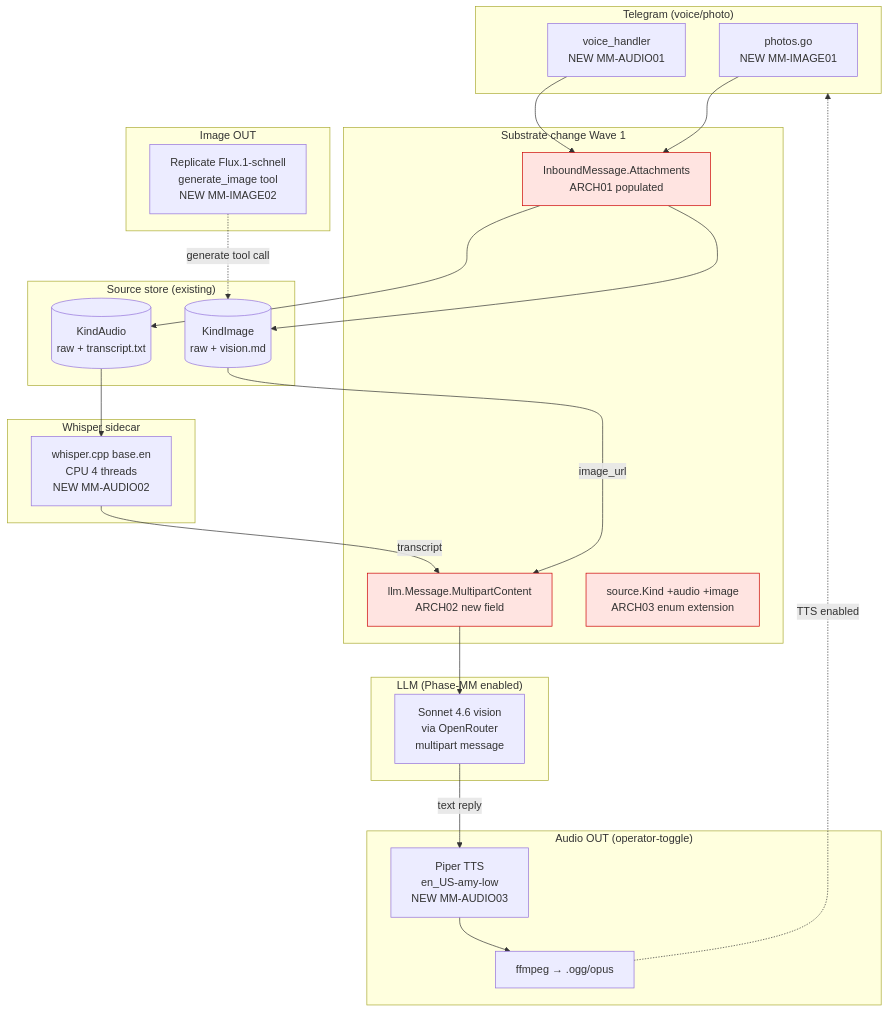
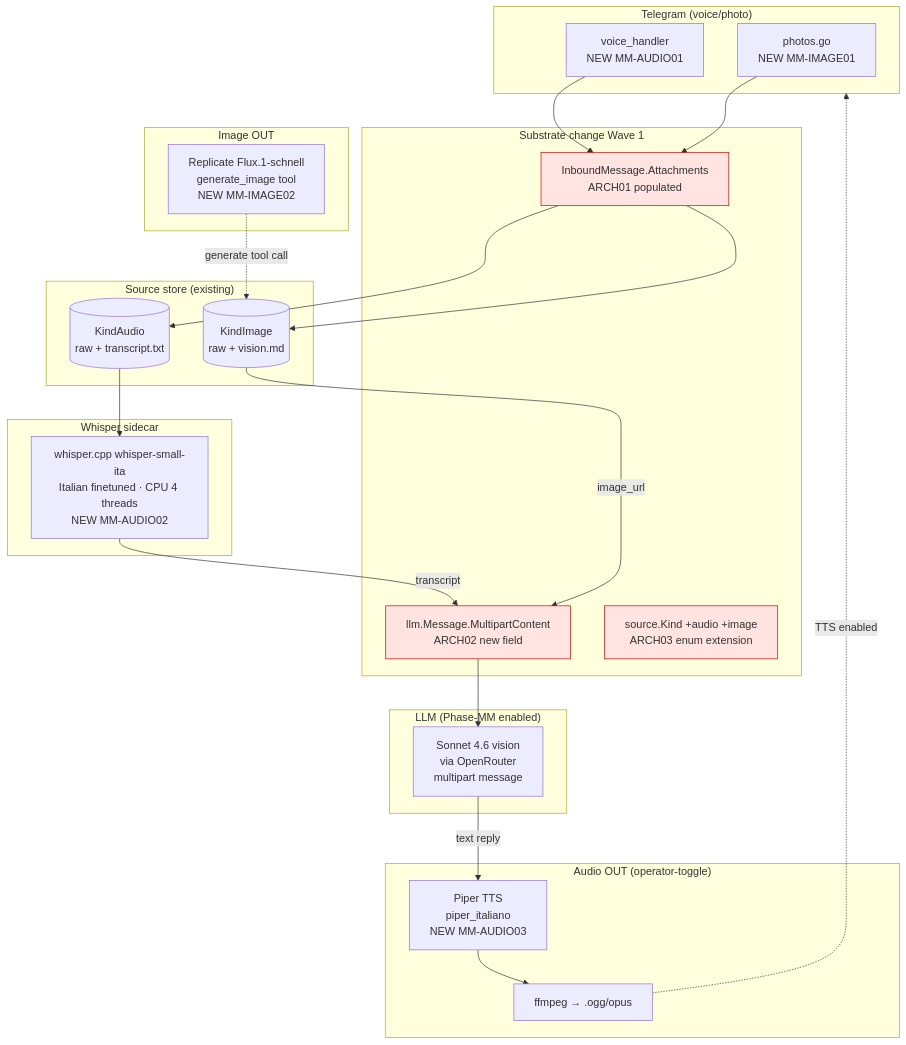
Before and after one commit to chetto1983/Aura: the third of 4 diagrams in README.md, drawn with Mermaid. The commit also changed other lines of this file and 2 other files, not shown here.

Commit message:
docs(phase-mm): switch Italian models — whisper-small-ita + piper_italiano
Operator is Italian (Davide). Replacing English defaults with Italian
finetuned models across Phase-MM planning + README + memory:

- Audio IN: `litus-ai/whisper-small-ita`
  (https://huggingface.co/litus-ai/whisper-small-ita)
  Italian-finetuned small.it (~480MB, 5-10s per 30s on 4 CPU threads).
  Replaces generic base.en. WHISPER_LANGUAGE=it default.

- Audio OUT: `kirys79/piper_italiano`
  (https://huggingface.co/kirys79/piper_italiano)
  Italian male conversational voice. Replaces en_US-amy-low.

No point in en_US reading "ti ho ricordato la riunione" with an American
accent. Both ship as drop-in replacements via the same whisper.cpp / Piper
sidecar pattern — no architectural change.

Files updated:
- docs/phase-mm-audio-plan-2026-05-17.md (decision matrix, config keys,
  open questions, fixture spec)
- docs/phase-mm-synthesis-2026-05-17.md (defaults, story details, open
  questions)
- README.md §Multimodal target (mermaid diagram + defaults list)

````diff
--- a/README.md
+++ b/README.md
@@ -192,52 +192,52 @@
 ```mermaid
 flowchart TB
   subgraph TGV["Telegram (voice/photo)"]
     VOICE[voice_handler<br/>NEW MM-AUDIO01]
     PHOTO[photos.go<br/>NEW MM-IMAGE01]
   end
 
   subgraph SUB["Substrate change Wave 1"]
     ATT[InboundMessage.Attachments<br/>ARCH01 populated]
     MULTI[llm.Message.MultipartContent<br/>ARCH02 new field]
     KIND[source.Kind +audio +image<br/>ARCH03 enum extension]
   end
 
   subgraph SRC["Source store (existing)"]
     AUDIO[(KindAudio<br/>raw + transcript.txt)]
     IMG[(KindImage<br/>raw + vision.md)]
   end
 
   subgraph WSP["Whisper sidecar"]
-    WHISP[whisper.cpp base.en<br/>CPU 4 threads<br/>NEW MM-AUDIO02]
+    WHISP[whisper.cpp whisper-small-ita<br/>Italian finetuned · CPU 4 threads<br/>NEW MM-AUDIO02]
   end
 
   subgraph LLM2["LLM (Phase-MM enabled)"]
     VISION[Sonnet 4.6 vision<br/>via OpenRouter<br/>multipart message]
   end
 
   subgraph TTSOUT["Audio OUT (operator-toggle)"]
-    PIPER[Piper TTS<br/>en_US-amy-low<br/>NEW MM-AUDIO03]
+    PIPER[Piper TTS<br/>piper_italiano<br/>NEW MM-AUDIO03]
     OGG[ffmpeg → .ogg/opus]
   end
 
   subgraph GEN["Image OUT"]
     REPL[Replicate Flux.1-schnell<br/>generate_image tool<br/>NEW MM-IMAGE02]
   end
 
   VOICE --> ATT
   PHOTO --> ATT
   ATT --> AUDIO
   ATT --> IMG
   AUDIO --> WHISP
   WHISP -->|transcript| MULTI
   IMG -->|image_url| MULTI
   MULTI --> VISION
   VISION -->|text reply| PIPER
   PIPER --> OGG
   OGG -.->|TTS enabled| TGV
   REPL -.->|generate tool call| IMG
 
   style ATT fill:#ffe4e1,stroke:#cc0000
   style MULTI fill:#ffe4e1,stroke:#cc0000
   style KIND fill:#ffe4e1,stroke:#cc0000
 ```
````
